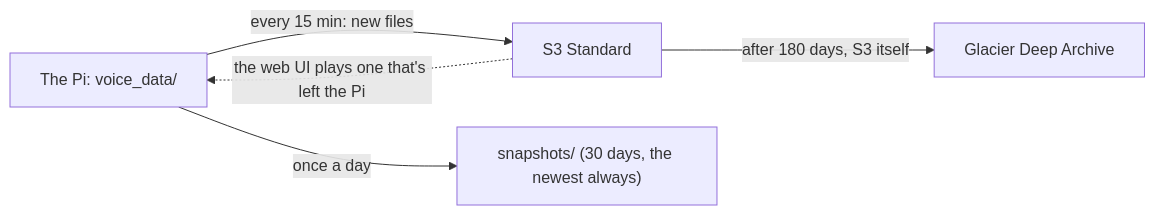
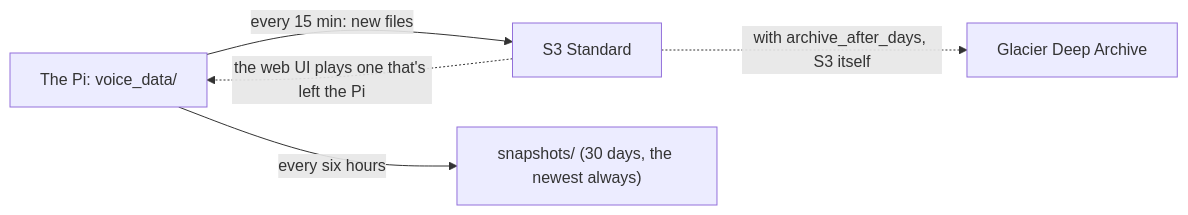
The diagram in docs/backup.md (alon-pilosoph/tars), drawn with Mermaid before and after one commit. The commit also changed other lines of this file and 9 other files, not shown here.

First line of the commit message:
Backup, from review: a restored machine gets back what must be on it, snapshots every six hours, archiving off

````diff
--- a/docs/backup.md
+++ b/docs/backup.md
@@ -40,7 +40,7 @@
 ```mermaid
 flowchart LR
     pi["The Pi: voice_data/"] -->|"every 15 min: new files"| standard["S3 Standard"]
-    standard -->|"after 180 days, S3 itself"| deep["Glacier Deep Archive"]
-    pi -->|"once a day"| snaps["snapshots/ (30 days, the newest always)"]
+    standard -.->|"with archive_after_days, S3 itself"| deep["Glacier Deep Archive"]
+    pi -->|"every six hours"| snaps["snapshots/ (30 days, the newest always)"]
     standard -.->|"the web UI plays one that's left the Pi"| pi
 ```
````
